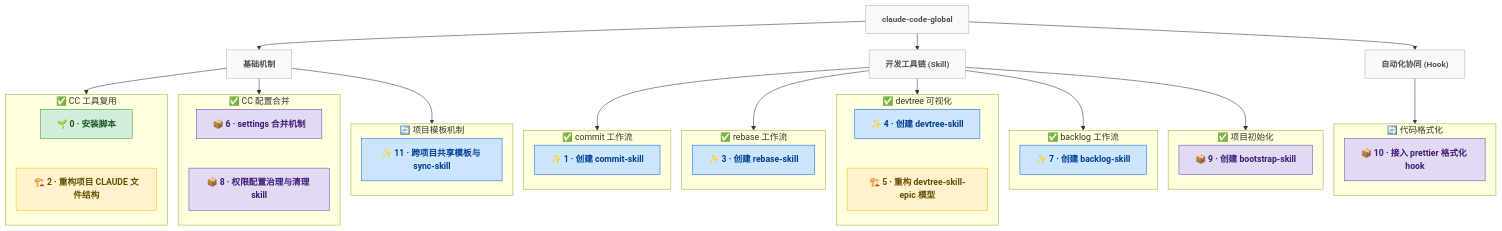
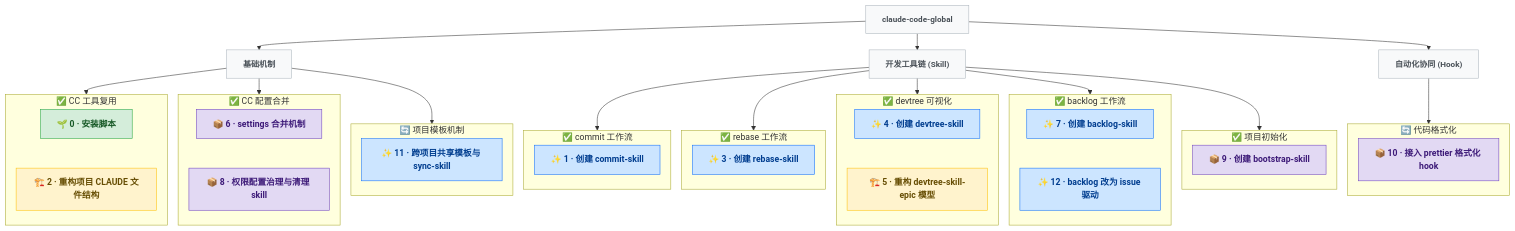
Before and after one commit to pkulijing/claude-code-global: the diagram in docs/DEVTREE.md, drawn with Mermaid. The commit also changed other lines of this file and 20 other files, not shown here.

First line of the commit message:
feat(12): backlog 改为 issue 驱动 + 提取 _common 伪 stack

````diff
--- a/docs/DEVTREE.md
+++ b/docs/DEVTREE.md
@@ -18,76 +18,78 @@
 ```mermaid
 %%{init: {'flowchart': {'rankSpacing': 30, 'nodeSpacing': 20}}}%%
 graph TD
   classDef genesis  fill:#d4edda,stroke:#28a745,color:#155724,font-weight:bold
   classDef feature  fill:#cce5ff,stroke:#0d6efd,color:#003d8f,font-weight:bold
   classDef bugfix   fill:#f8d7da,stroke:#dc3545,color:#721c24,font-weight:bold
   classDef refactor fill:#fff3cd,stroke:#ffc107,color:#664d03,font-weight:bold
   classDef infra    fill:#e2d9f3,stroke:#6f42c1,color:#3d1a78,font-weight:bold
   classDef research fill:#e2e3e5,stroke:#6c757d,color:#383d41,font-weight:bold
   classDef epic     fill:#f8f9fa,stroke:#adb5bd,color:#495057,font-weight:bold,font-size:15px
 
   ROOT["claude-code-global"]:::epic
   ROOT --> base["基础机制"]:::epic
   ROOT --> toolchain["开发工具链 (Skill)"]:::epic
   ROOT --> automation["自动化协同 (Hook)"]:::epic
   base --> e_cc_reuse
   base --> e_cc_merge
   base --> e_template
   toolchain --> e_commit
   toolchain --> e_rebase
   toolchain --> e_devtree
   toolchain --> e_backlog
   toolchain --> e_bootstrap
   automation --> e_format
 
   subgraph e_cc_reuse["✅ CC 工具复用"]
     direction TB
     N0["🌱 0 · 安装脚本"]:::genesis
     N2["🏗️ 2 · 重构项目 CLAUDE 文件结构"]:::refactor
     N0 ~~~ N2
   end
 
   subgraph e_cc_merge["✅ CC 配置合并"]
     direction TB
     N6["📦 6 · settings 合并机制"]:::infra
     N8["📦 8 · 权限配置治理与清理 skill"]:::infra
     N6 ~~~ N8
   end
 
   subgraph e_template["🔄 项目模板机制"]
     direction TB
     N11["✨ 11 · 跨项目共享模板与 sync-skill"]:::feature
   end
 
   subgraph e_commit["✅ commit 工作流"]
     direction TB
     N1["✨ 1 · 创建 commit-skill"]:::feature
   end
 
   subgraph e_rebase["✅ rebase 工作流"]
     direction TB
     N3["✨ 3 · 创建 rebase-skill"]:::feature
   end
 
   subgraph e_devtree["✅ devtree 可视化"]
     direction TB
     N4["✨ 4 · 创建 devtree-skill"]:::feature
     N5["🏗️ 5 · 重构 devtree-skill-epic 模型"]:::refactor
     N4 ~~~ N5
   end
 
   subgraph e_backlog["✅ backlog 工作流"]
     direction TB
     N7["✨ 7 · 创建 backlog-skill"]:::feature
+    N12["✨ 12 · backlog 改为 issue 驱动"]:::feature
+    N7 ~~~ N12
   end
 
   subgraph e_bootstrap["✅ 项目初始化"]
     direction TB
     N9["📦 9 · 创建 bootstrap-skill"]:::infra
   end
 
   subgraph e_format["🔄 代码格式化"]
     direction TB
     N10["📦 10 · 接入 prettier 格式化 hook"]:::infra
   end
 ```
````
